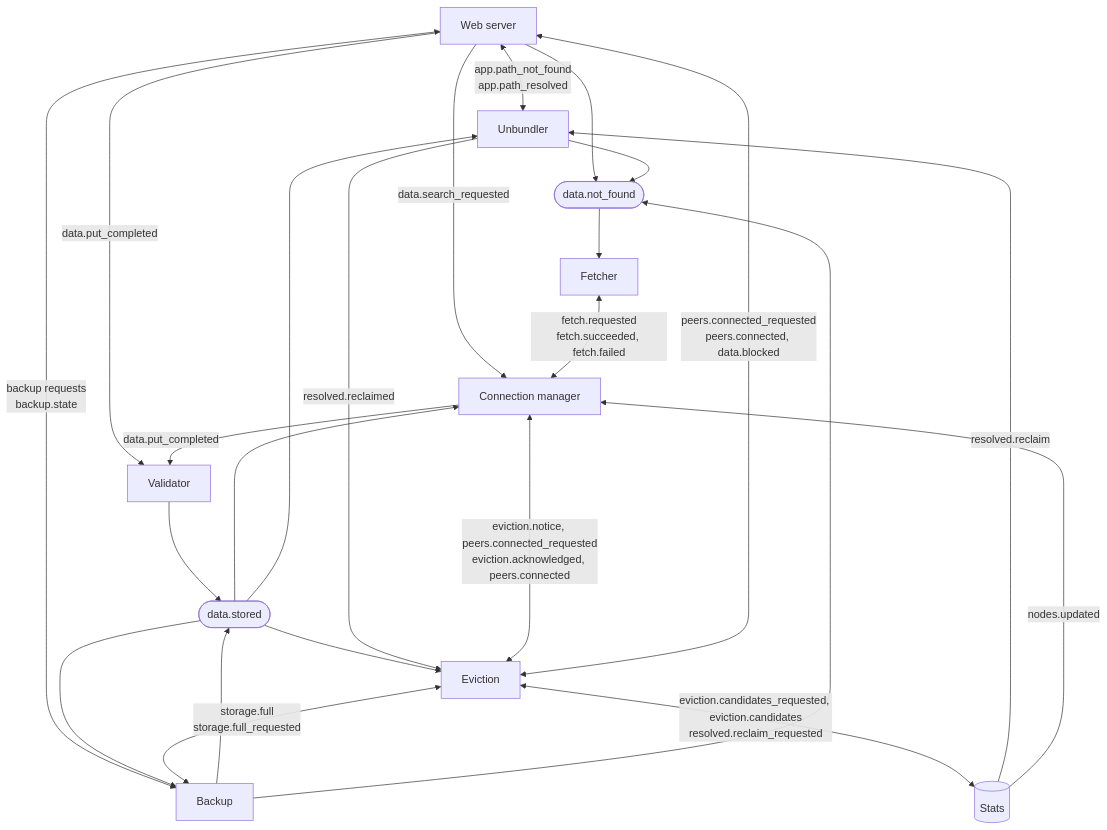
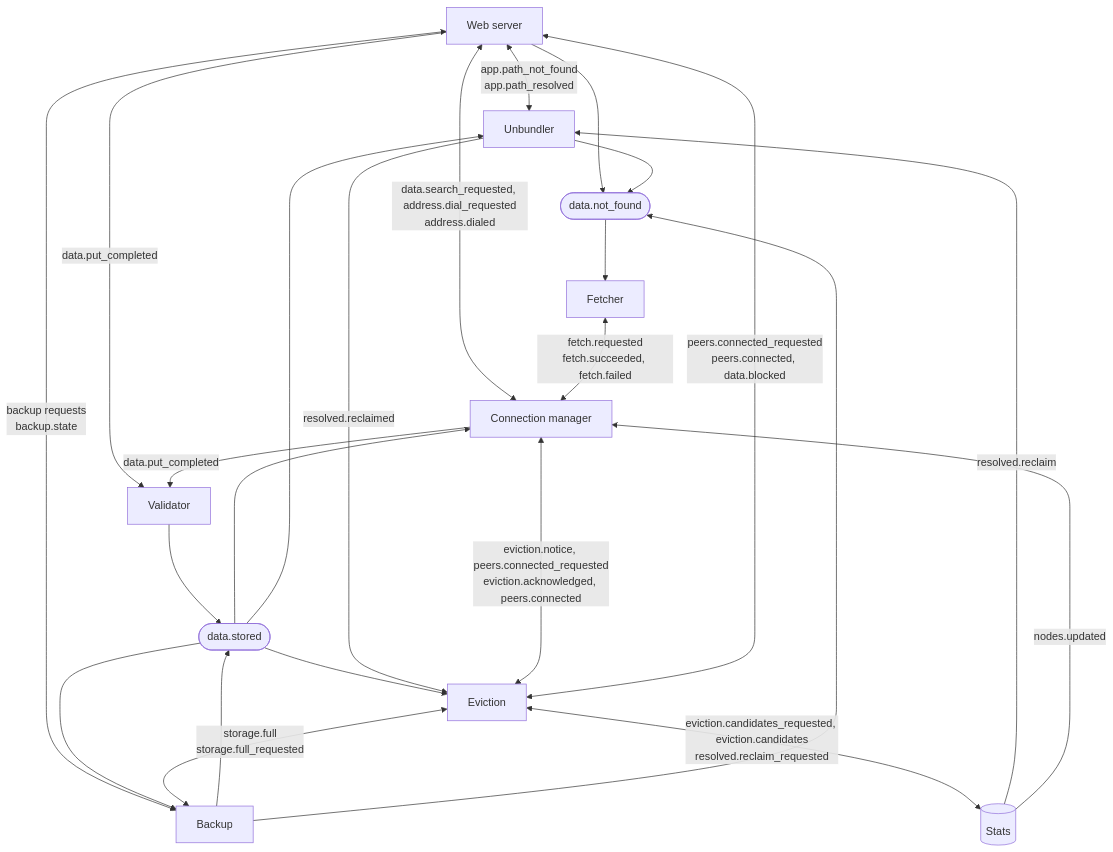
The eighth of 13 diagrams in docs/implementation/Module System.md (marcpage/libranet), drawn with Mermaid before and after one commit. The commit also changed other lines of this file and 22 other files, not shown here.

````diff
--- a/docs/implementation/Module System.md
+++ b/docs/implementation/Module System.md
@@ -973,37 +982,37 @@
 ```mermaid
 flowchart TB
     web["Web server"]
     unb["Unbundler"]
     backup["Backup"]
     val["Validator"]
     fetch["Fetcher"]
     conn["Connection manager"]
     evict["Eviction"]
     stats[("Stats")]
     stored(["data.stored"])
     missing(["data.not_found"])
 
     web <-->|"app.path_not_found<br/>app.path_resolved"| unb
     web <-->|"backup requests<br/>backup.state"| backup
     web -->|"data.put_completed"| val
-    web -->|"data.search_requested"| conn
+    web <-->|"data.search_requested, address.dial_requested<br/>address.dialed"| conn
     conn -->|"data.put_completed"| val
     val --> stored
     backup --> stored
     stored --> conn
     stored --> evict
     stored --> backup
     stored --> unb
     web --> missing
     unb --> missing
     backup --> missing
     missing --> fetch
     fetch <-->|"fetch.requested<br/>fetch.succeeded, fetch.failed"| conn
     evict <-->|"eviction.notice, peers.connected_requested<br/>eviction.acknowledged, peers.connected"| conn
     evict <-->|"peers.connected_requested<br/>peers.connected, data.blocked"| web
     evict <-->|"storage.full<br/>storage.full_requested"| backup
     evict <-->|"eviction.candidates_requested, eviction.candidates<br/>resolved.reclaim_requested"| stats
     stats -->|"resolved.reclaim"| unb
     unb -->|"resolved.reclaimed"| evict
     stats -->|"nodes.updated"| conn
 ```
````
